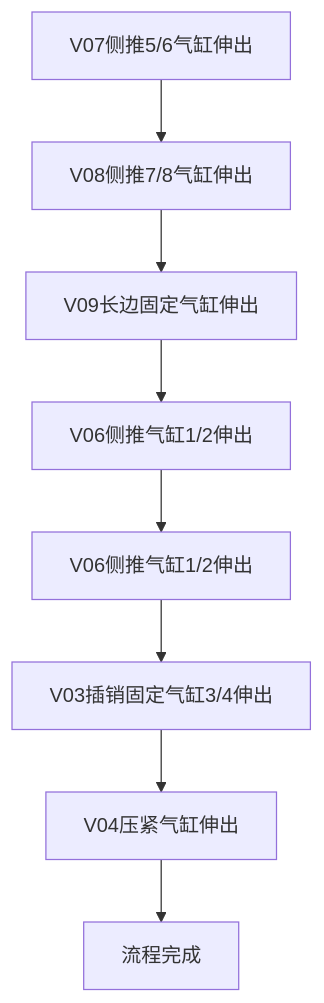
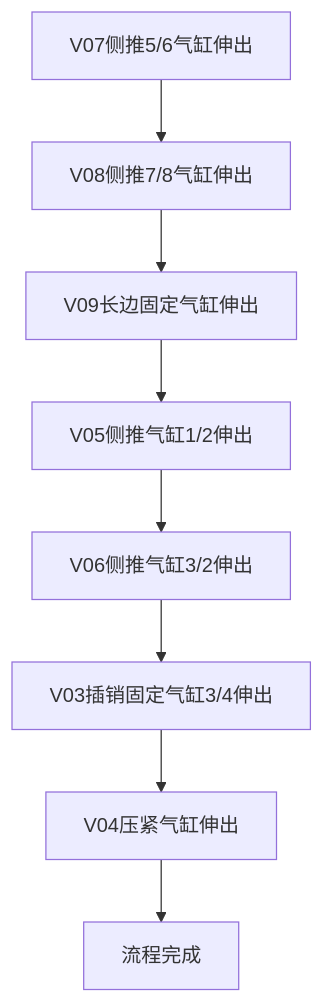
One commit to PengKun1/iodraw-files changed the diagram in all/OP30气缸固定子流程.md. Above: the diagram before and after it, drawn with Mermaid.

Commit message:
2024-08-06 10:00:49 update

````diff
--- a/all/OP30气缸固定子流程.md
+++ b/all/OP30气缸固定子流程.md
@@ -1,12 +1,12 @@
 ```mermaid
 graph TD
 10[V07侧推5/6气缸伸出]-->20
 20[V08侧推7/8气缸伸出]-->30
 30[V09长边固定气缸伸出]-->40
-40[V06侧推气缸1/2伸出]-->50
-50[V06侧推气缸1/2伸出]-->60
+40[V05侧推气缸1/2伸出]-->50
+50[V06侧推气缸3/2伸出]-->60
 60[V03插销固定气缸3/4伸出]-->70
 70[V04压紧气缸伸出]-->80
 80[流程完成]
   
 ```
````
